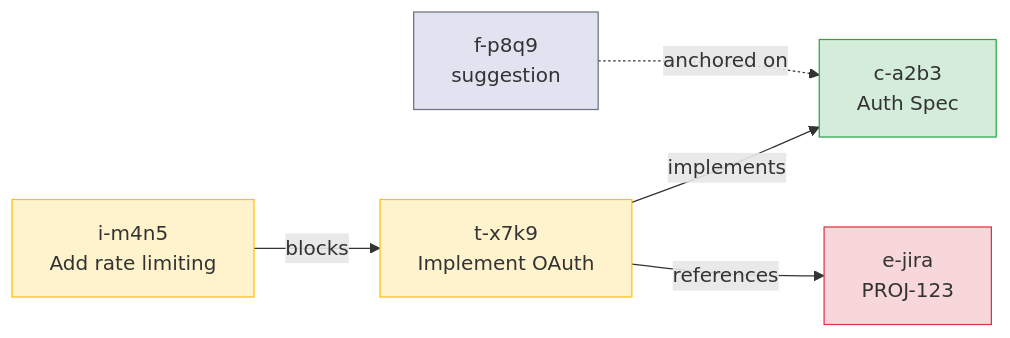
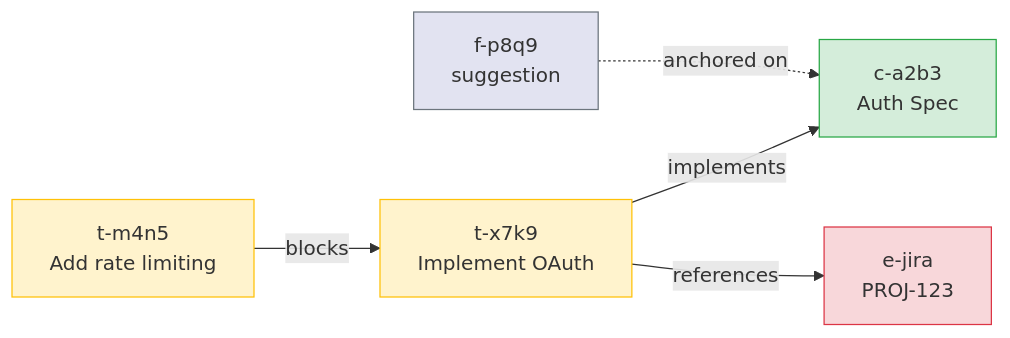
One commit to alexngai/opentasks changed the second of 5 diagrams in README.md. Above: the diagram before and after it, drawn with Mermaid. The commit also changed other lines of this file and 4 other files, not shown here.

````diff
--- a/README.md
+++ b/README.md
@@ -184,19 +185,19 @@
 ```mermaid
 graph LR
     S["c-a2b3<br/>Auth Spec"]
     I1["t-x7k9<br/>Implement OAuth"]
-    I2["i-m4n5<br/>Add rate limiting"]
+    I2["t-m4n5<br/>Add rate limiting"]
     F["f-p8q9<br/>suggestion"]
     EXT["e-jira<br/>PROJ-123"]
 
     I1 -- "implements" --> S
     I2 -- "blocks" --> I1
     F -. "anchored on" .-> S
     I1 -- "references" --> EXT
 
     style S fill:#d4edda,stroke:#28a745
     style I1 fill:#fff3cd,stroke:#ffc107
     style I2 fill:#fff3cd,stroke:#ffc107
     style F fill:#e2e3f1,stroke:#6c757d
     style EXT fill:#f8d7da,stroke:#dc3545
 ```
````
